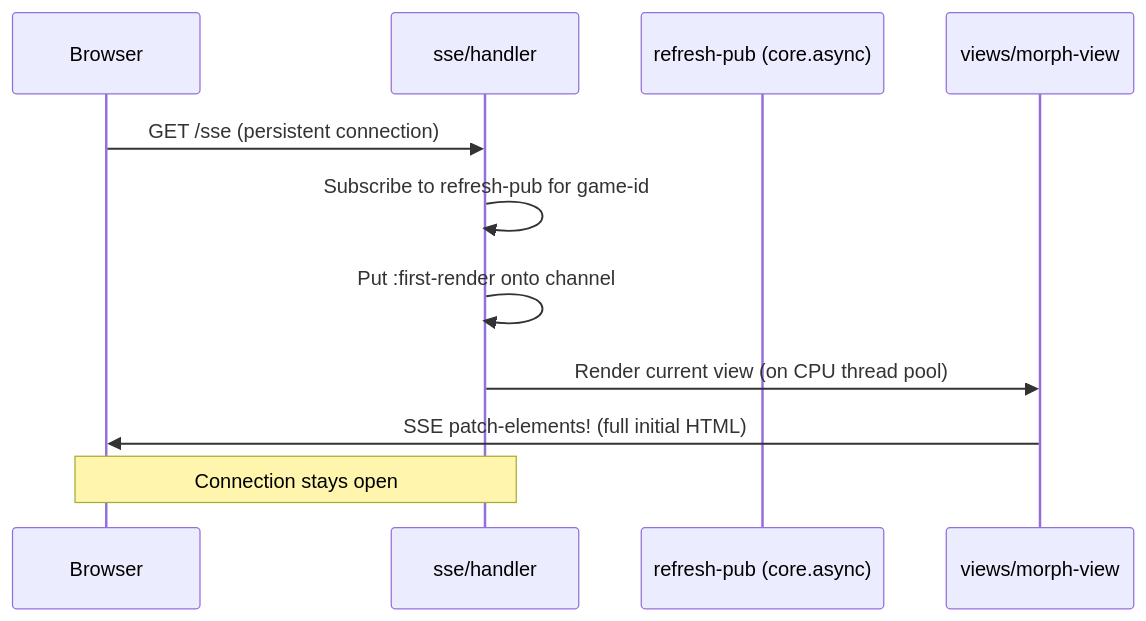
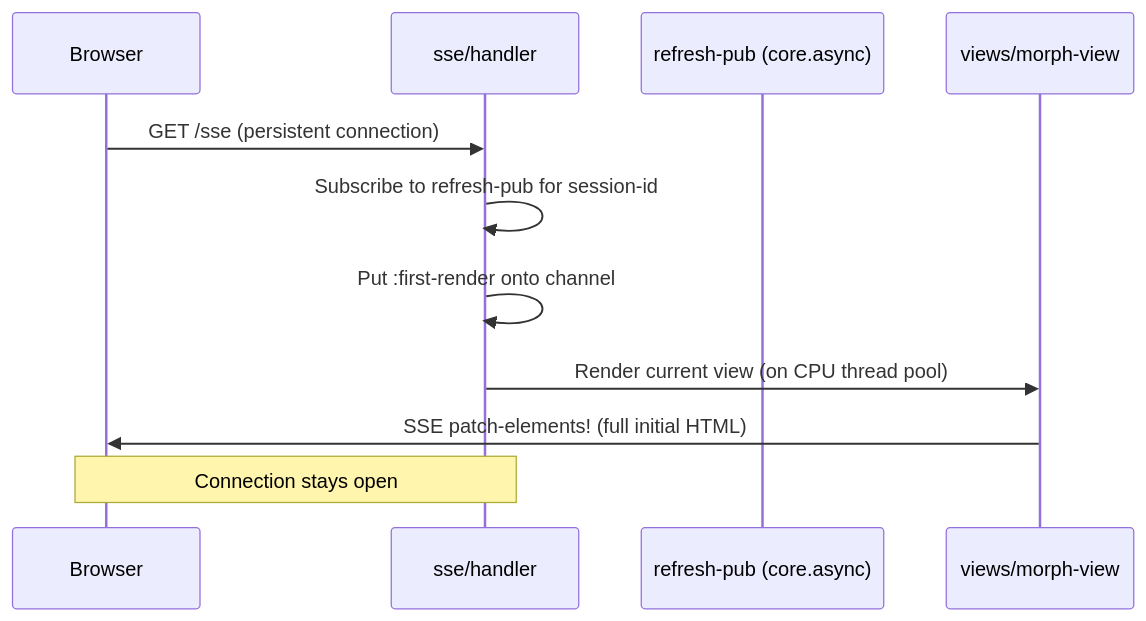
One commit to jindrichmynarz/localquiz changed the second of 8 diagrams in data_flow.md. Above: the diagram before and after it, drawn with Mermaid. The commit also changed other lines of this file, not shown here.

Commit message:
Update the data flow documentation

````diff
--- a/data_flow.md
+++ b/data_flow.md
@@ -82,14 +82,14 @@
 ```mermaid
 sequenceDiagram
     participant B as Browser
     participant SSE as sse/handler
     participant Pub as refresh-pub (core.async)
     participant V as views/morph-view
 
     B->>SSE: GET /sse (persistent connection)
-    SSE->>SSE: Subscribe to refresh-pub for game-id
+    SSE->>SSE: Subscribe to refresh-pub for session-id
     SSE->>SSE: Put :first-render onto channel
     SSE->>V: Render current view (on CPU thread pool)
     V->>B: SSE patch-elements! (full initial HTML)
     Note over SSE,B: Connection stays open
 ```
````
